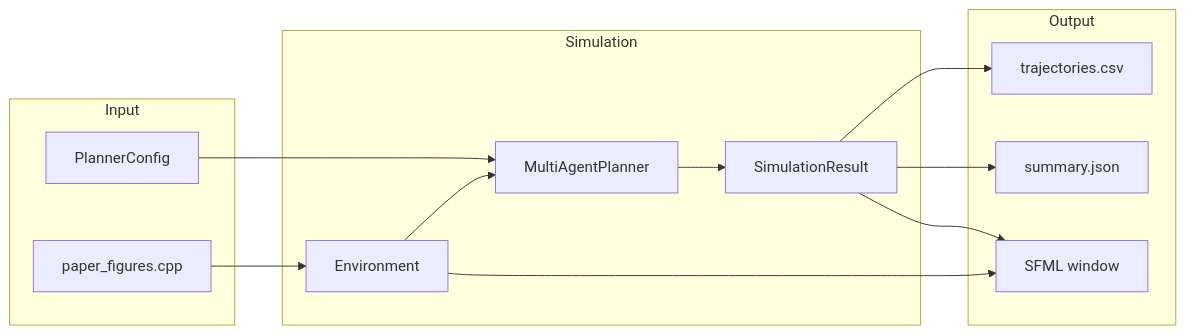
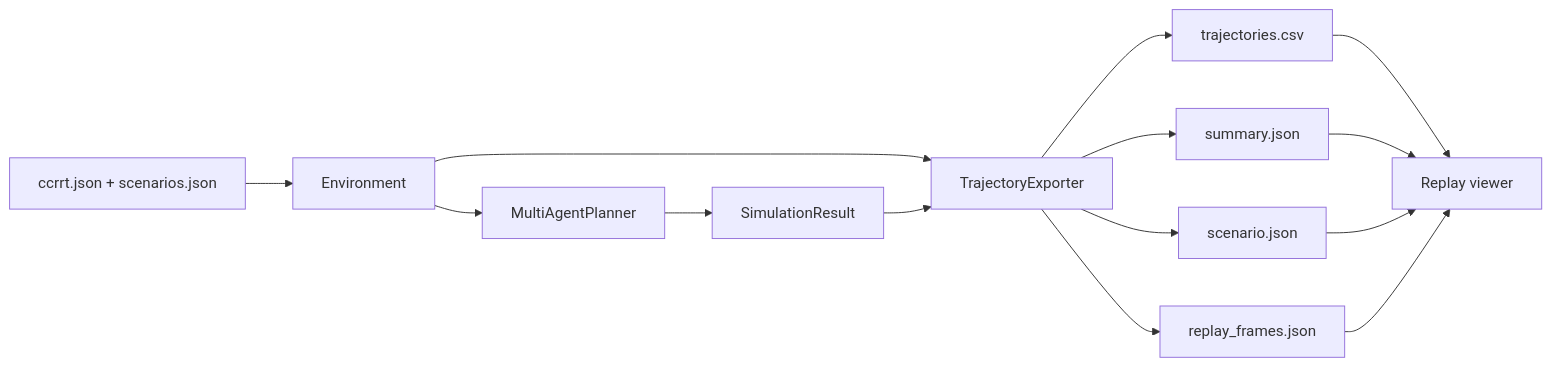
The second of 2 diagrams in cpp/ARCHITECTURE.md (yashbagla321/Multi-agent-CCRRT), drawn with Mermaid before and after one commit. The commit also changed other lines of this file and 97 other files, not shown here.

Commit message:
Refactor multi-agent CCRRT planner

````diff
--- a/cpp/ARCHITECTURE.md
+++ b/cpp/ARCHITECTURE.md
@@ -63,28 +54,16 @@
 ```mermaid
 flowchart LR
-    subgraph input [Input]
-        SF[paper_figures.cpp]
-        PC[PlannerConfig]
-    end
-
-    subgraph sim [Simulation]
-        ENV[Environment]
-        MAP[MultiAgentPlanner]
-        RES[SimulationResult]
-    end
-
-    subgraph output [Output]
-        CSV[trajectories.csv]
-        JSON[summary.json]
-        WIN[SFML window]
-    end
-
-    SF --> ENV
-    PC --> MAP
-    ENV --> MAP
-    MAP --> RES
-    RES --> CSV
-    RES --> JSON
-    RES --> WIN
-    ENV --> WIN
+    CFG["ccrrt.json + scenarios.json"] --> ENV["Environment"]
+    ENV --> MAP["MultiAgentPlanner"]
+    MAP --> RES["SimulationResult"]
+    ENV --> EXPORT["TrajectoryExporter"]
+    RES --> EXPORT
+    EXPORT --> CSV["trajectories.csv"]
+    EXPORT --> SUMMARY["summary.json"]
+    EXPORT --> SCENARIO["scenario.json"]
+    EXPORT --> FRAMES["replay_frames.json"]
+    CSV --> VIEWER["Replay viewer"]
+    SUMMARY --> VIEWER
+    SCENARIO --> VIEWER
+    FRAMES --> VIEWER
 ```
````
